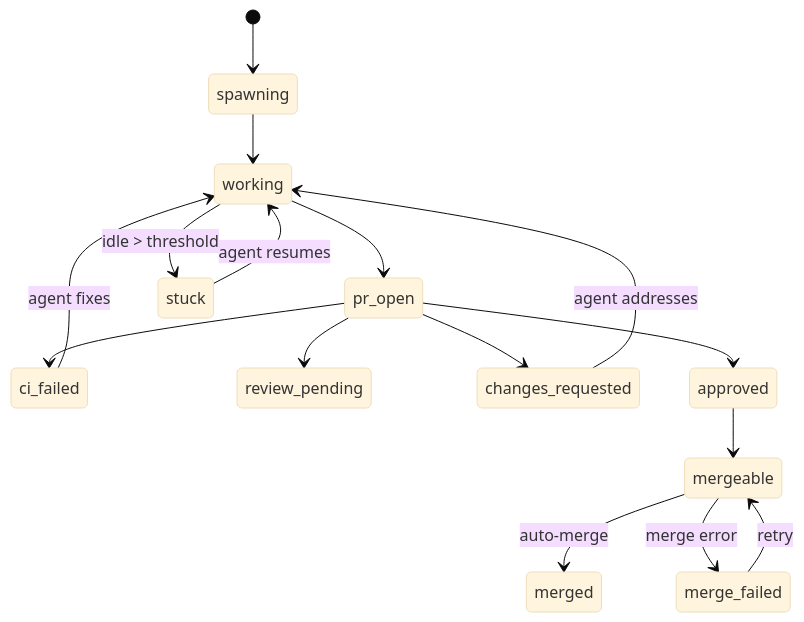
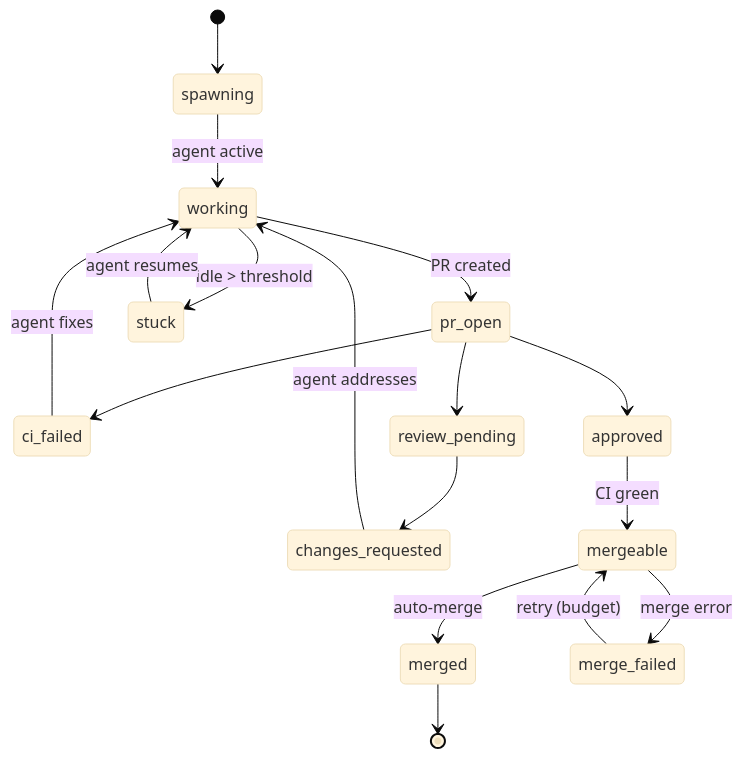
One commit to duonghb53/ao-rs changed the second of 2 diagrams in README.md. Above: the diagram before and after it, drawn with Mermaid (base theme). The commit also changed other lines of this file and 1 other file, not shown here.

````diff
--- a/README.md
+++ b/README.md
@@ -170,18 +197,24 @@
 ```mermaid
 stateDiagram-v2
     [*] --> spawning
-    spawning --> working
-    working --> pr_open
+    spawning --> working : agent active
+
+    working --> pr_open : PR created
+    working --> stuck : idle > threshold
+    stuck --> working : agent resumes
+
     pr_open --> ci_failed
     pr_open --> review_pending
-    pr_open --> changes_requested
     pr_open --> approved
+
     ci_failed --> working : agent fixes
+    review_pending --> changes_requested
     changes_requested --> working : agent addresses
-    approved --> mergeable
+    approved --> mergeable : CI green
+
     mergeable --> merged : auto-merge
     mergeable --> merge_failed : merge error
-    merge_failed --> mergeable : retry
-    working --> stuck : idle > threshold
-    stuck --> working : agent resumes
+    merge_failed --> mergeable : retry (budget)
+
+    merged --> [*]
 ```
````
